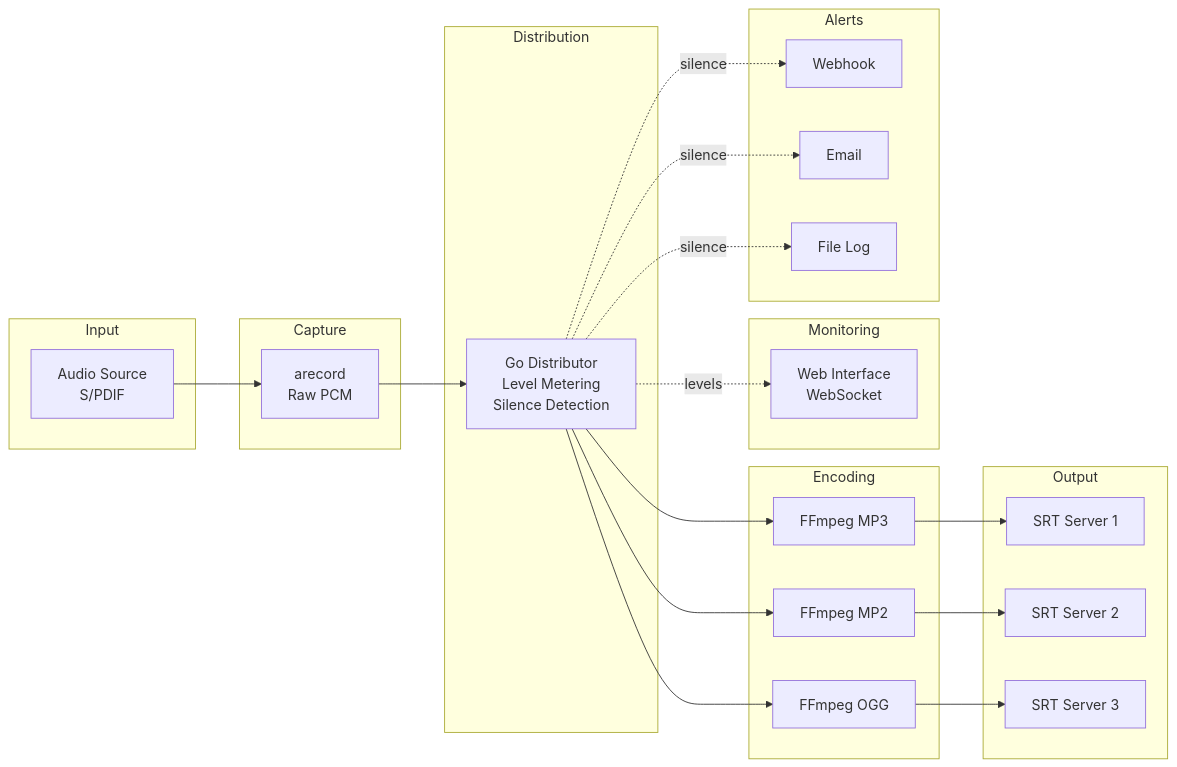
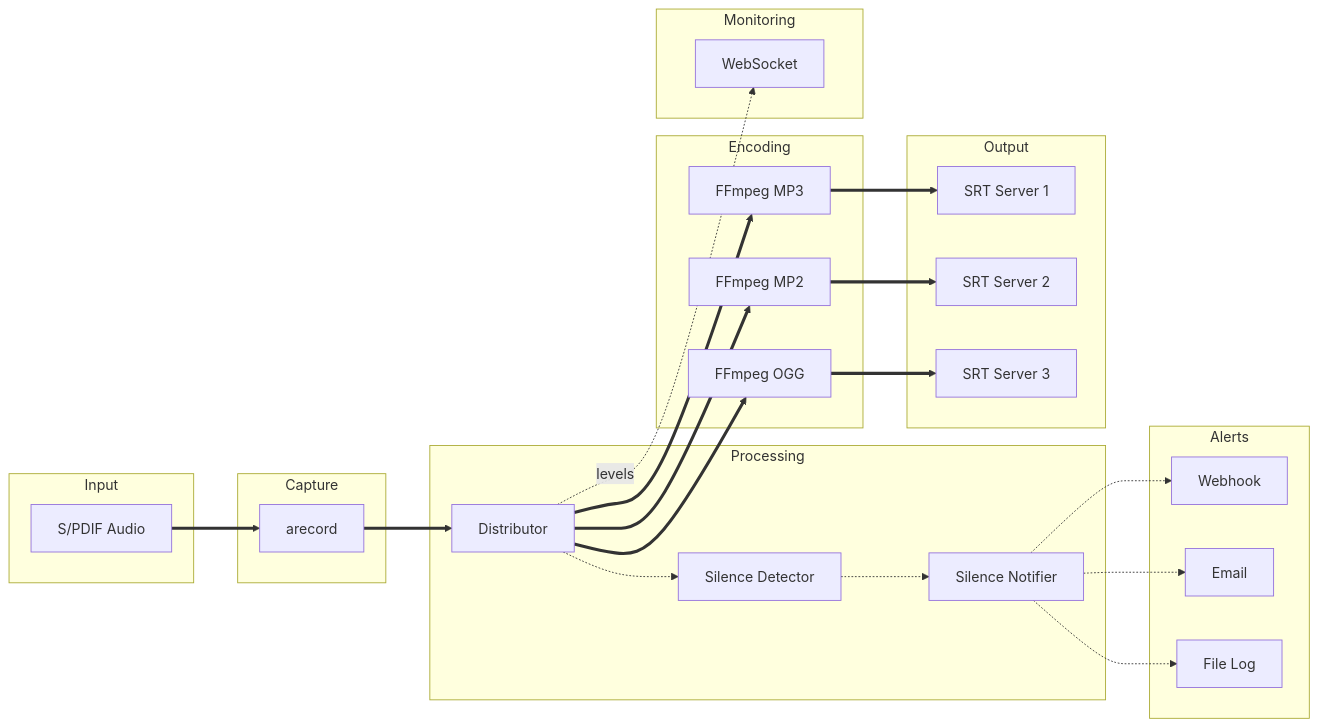
One commit to oszuidwest/rpi-audio-encoder changed the first of 2 diagrams in README.md. Above: the diagram before and after it, drawn with Mermaid. The commit also changed other lines of this file and 11 other files, not shown here.

First line of the commit message:
feat: architecture improvements (#36)

````diff
--- a/README.md
+++ b/README.md
@@ -112,45 +112,48 @@
 ```mermaid
 flowchart LR
     subgraph Input
-        A[Audio Source<br>S/PDIF]
+        A[S/PDIF Audio]
     end
 
     subgraph Capture
-        B[arecord<br>Raw PCM]
+        B[arecord]
     end
 
-    subgraph Distribution
-        C[Go Distributor<br>Level Metering<br>Silence Detection]
+    subgraph Processing
+        C[Distributor]
+        SD[Silence Detector]
+        SN[Silence Notifier]
     end
 
     subgraph Encoding
         D1[FFmpeg MP3]
         D2[FFmpeg MP2]
         D3[FFmpeg OGG]
     end
 
     subgraph Output
         E1[SRT Server 1]
         E2[SRT Server 2]
         E3[SRT Server 3]
     end
 
     subgraph Monitoring
-        F[Web Interface<br>WebSocket]
+        F[WebSocket]
     end
 
     subgraph Alerts
         G1[Webhook]
         G2[Email]
         G3[File Log]
     end
 
-    A --> B --> C
-    C --> D1 --> E1
-    C --> D2 --> E2
-    C --> D3 --> E3
+    A ==> B ==> C
+    C ==> D1 ==> E1
+    C ==> D2 ==> E2
+    C ==> D3 ==> E3
+    C -.-> SD -.-> SN
+    SN -.-> G1
+    SN -.-> G2
+    SN -.-> G3
     C -.->|levels| F
-    C -.->|silence| G1
-    C -.->|silence| G2
-    C -.->|silence| G3
 ```
````
